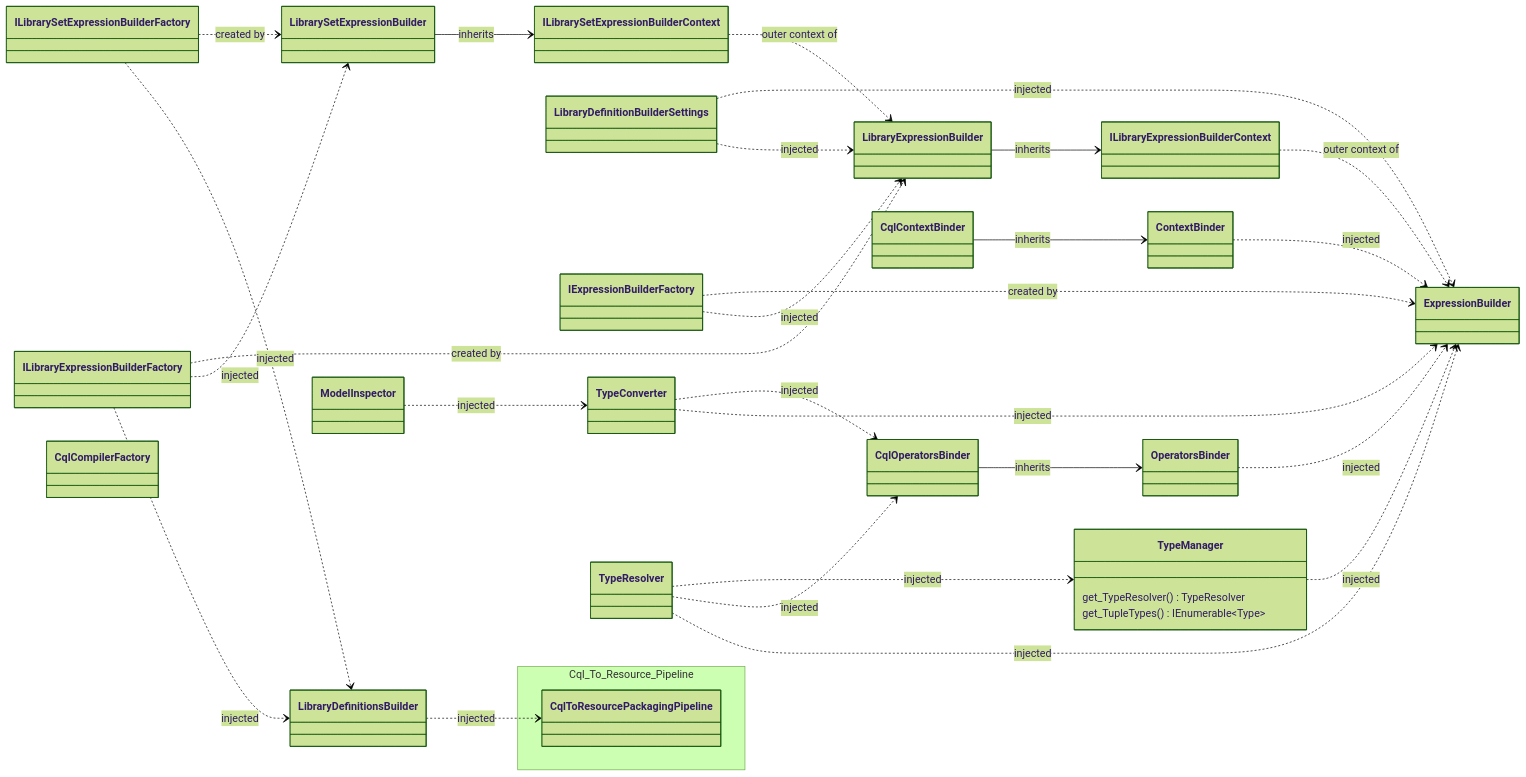
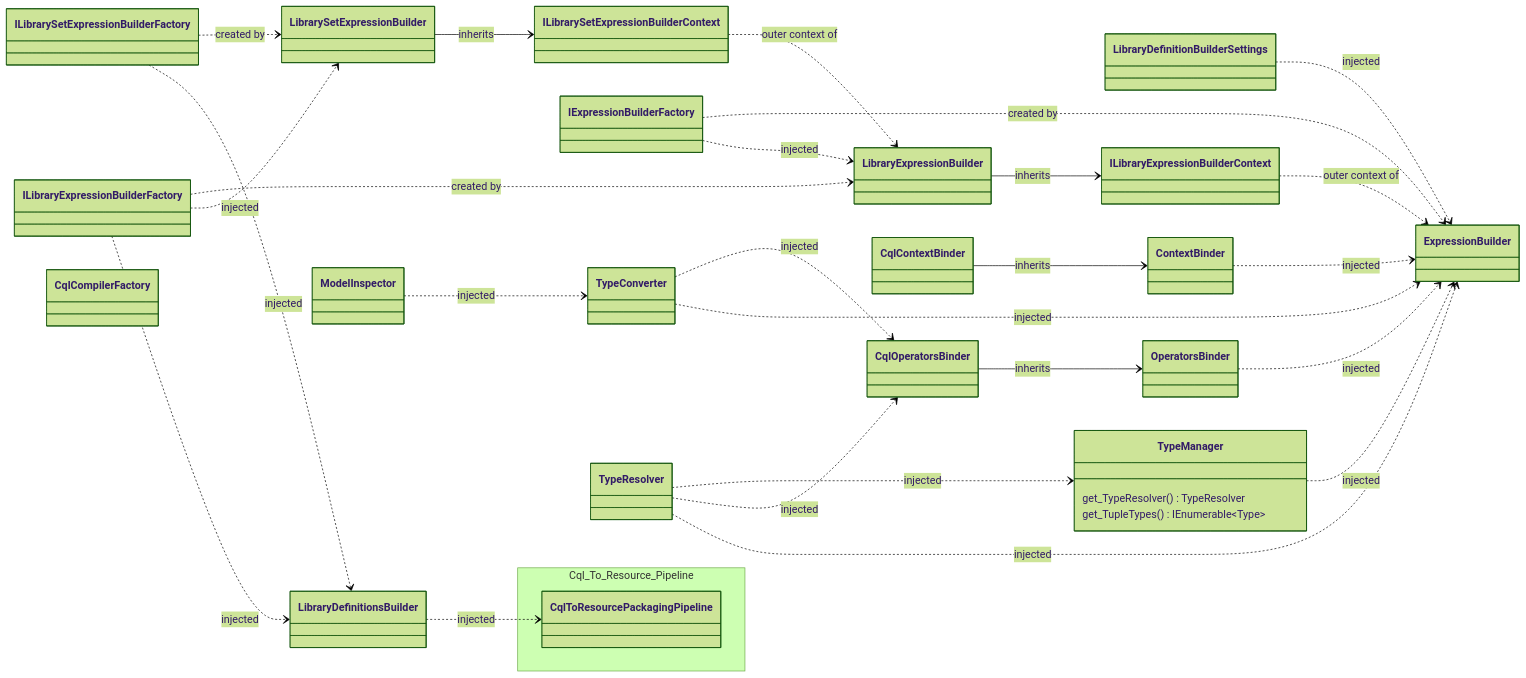
Before and after one commit to FirelyTeam/firely-cql-sdk: the second of 2 diagrams in docs/packager-cli-dependency-graph.md, drawn with Mermaid (forest theme). The commit also changed 9 other files, not shown here.

Commit message:
LibrarySetExpressionBuilder could now become a singleton

```diff
--- a/docs/packager-cli-dependency-graph.md
+++ b/docs/packager-cli-dependency-graph.md
@@ -235,7 +235,6 @@
 
     ILibraryExpressionBuilderFactory ..> LibraryExpressionBuilder : created by
     IExpressionBuilderFactory ..> LibraryExpressionBuilder : injected
-    LibraryDefinitionBuilderSettings ..> LibraryExpressionBuilder : injected
     ILibrarySetExpressionBuilderContext ..> LibraryExpressionBuilder : outer context of
 %%    Elm_Library ..> LibraryExpressionBuilder : processed by
 
```
